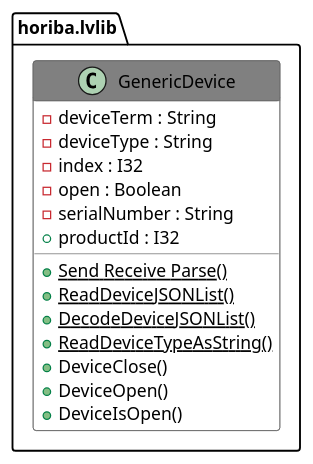
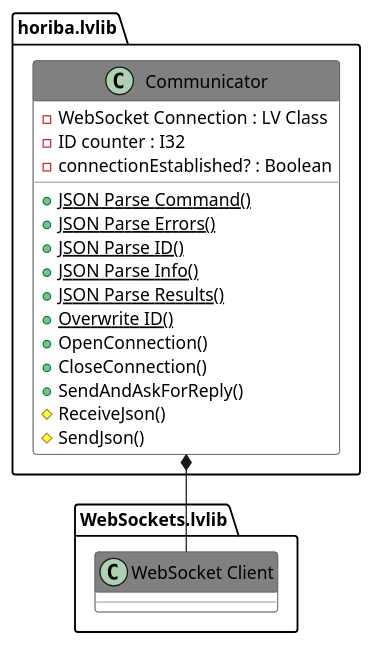
The diagram in docs/Includes/009.adoc (HORIBAEzSpecSDK/labview-sdk), drawn with PlantUML before and after one commit. The commit also changed other lines of this file and 527 other files, not shown here.

```diff
--- a/docs/Includes/009.adoc
+++ b/docs/Includes/009.adoc
@@ -9,31 +9,33 @@
 [plantuml, format="svg", align="center"]
 ....
 @startuml
 set namespaceSeparator :
 skinparam ClassBackgroundColor #FFFFFF
 skinparam ClassBorderColor #555555
 skinparam ClassFontColor #000000
 skinparam ClassHeaderBackgroundColor #808080
 
 skinparam top to bottom direction
-class "horiba.lvlib:GenericDevice" {
-{field} -deviceTerm : String
-{field} -deviceType : String
-{field} -index : I32
-{field} -open : Boolean
-{field} -serialNumber : String
-{field} +productId : I32
-{static} {method} +Send Receive Parse()
-{static} {method} +ReadDeviceJSONList()
-{static} {method} +DecodeDeviceJSONList()
-{static} {method} +ReadDeviceTypeAsString()
-{method} +DeviceClose()
-{method} +DeviceOpen()
-{method} +DeviceIsOpen()
+class "horiba.lvlib:Communicator" {
+{field} -WebSocket Connection : LV Class
+{field} -ID counter : I32
+{field} -connectionEstablished? : Boolean
+{static} {method} +JSON Parse Command()
+{static} {method} +JSON Parse Errors()
+{static} {method} +JSON Parse ID()
+{static} {method} +JSON Parse Info()
+{static} {method} +JSON Parse Results()
+{static} {method} +Overwrite ID()
+{method} +OpenConnection()
+{method} +CloseConnection()
+{method} +SendAndAskForReply()
+{method} #ReceiveJson()
+{method} #SendJson()
 
 }
+"horiba.lvlib:Communicator" *-- "WebSockets.lvlib:WebSocket Client"
 
 
 
 @enduml
 ....
```
